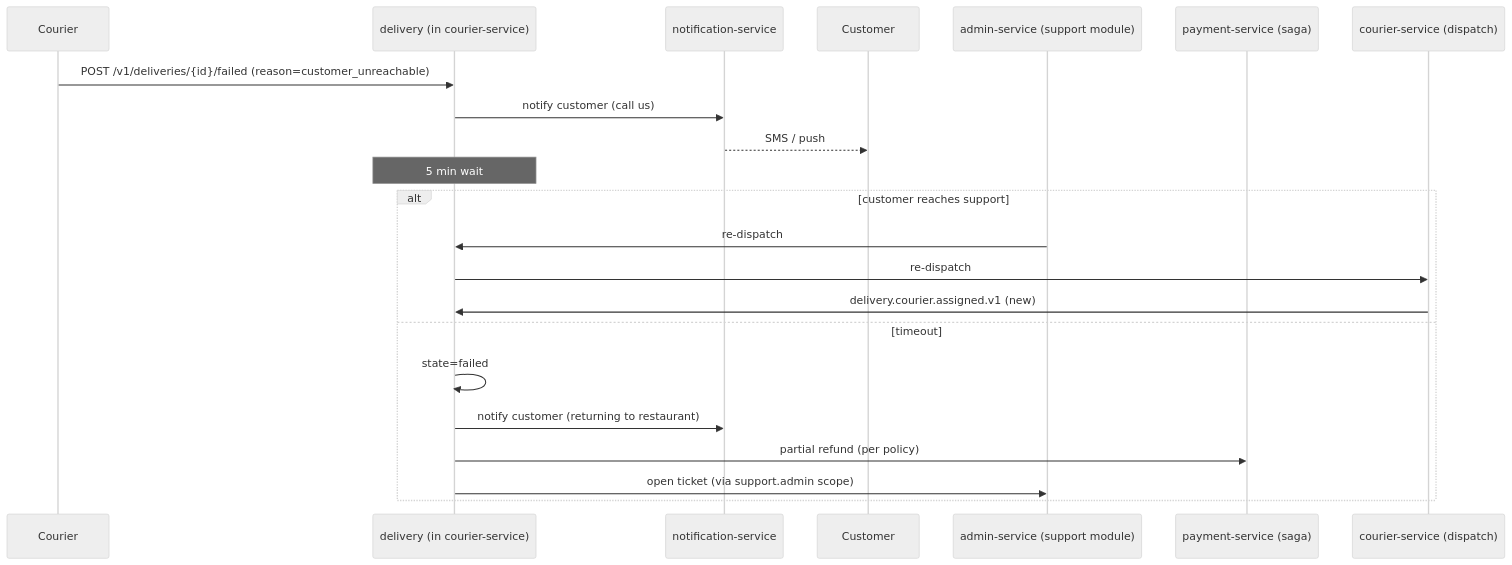
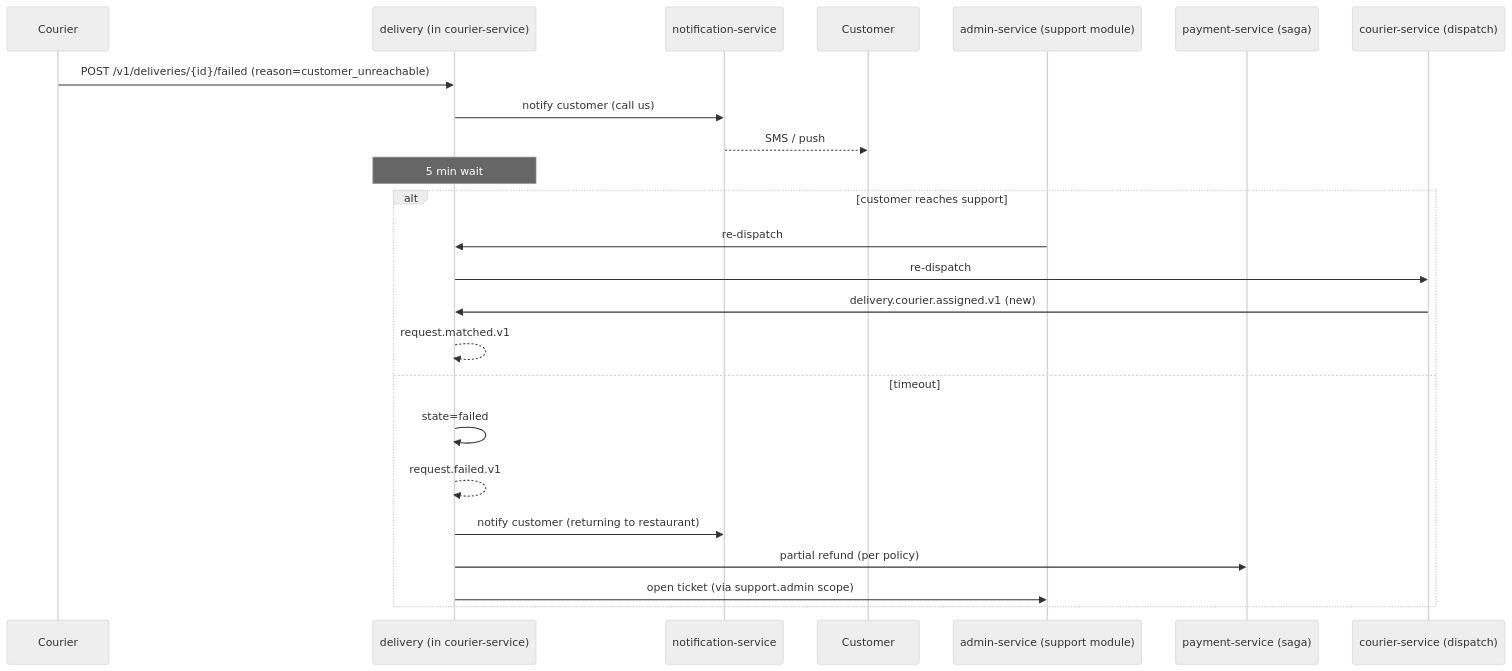
One commit to mohamedhabibwork/trips-enjoy-docs changed the sixth of 8 diagrams in docs/workflows/COURIER_WORKFLOWS.md. Above: the diagram before and after it, drawn with Mermaid (neutral theme). The commit also changed other lines of this file and 201 other files, not shown here.

````diff
--- a/docs/workflows/COURIER_WORKFLOWS.md
+++ b/docs/workflows/COURIER_WORKFLOWS.md
@@ -85,25 +114,27 @@
 ```mermaid
 sequenceDiagram
     participant CR as Courier
     participant DLV as delivery (in courier-service)
     participant NOT as notification-service
     participant C as Customer
     participant ADM as admin-service (support module)
     participant PAY as payment-service (saga)
     participant COS as courier-service (dispatch)
 
     CR->>DLV: POST /v1/deliveries/{id}/failed (reason=customer_unreachable)
     DLV->>NOT: notify customer (call us)
     NOT-->>C: SMS / push
     Note over DLV: 5 min wait
     alt customer reaches support
         ADM->>DLV: re-dispatch
         DLV->>COS: re-dispatch
         COS->>DLV: delivery.courier.assigned.v1 (new)
+        DLV-->>DLV: request.matched.v1
     else timeout
         DLV->>DLV: state=failed
+        DLV-->>DLV: request.failed.v1
         DLV->>NOT: notify customer (returning to restaurant)
         DLV->>PAY: partial refund (per policy)
         DLV->>ADM: open ticket (via support.admin scope)
     end
 ```
````
